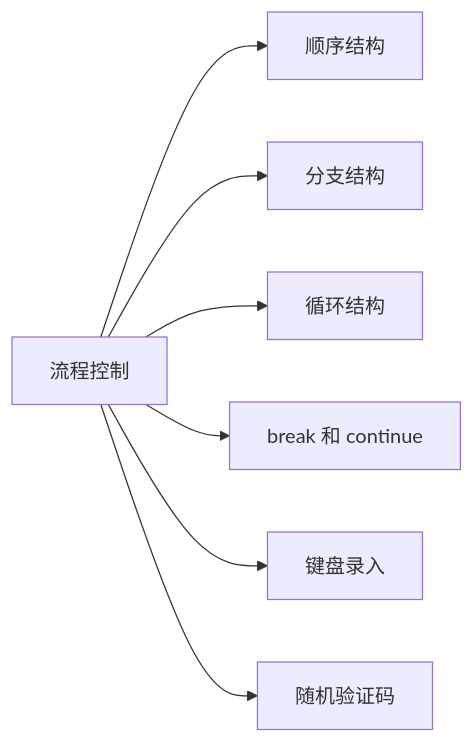
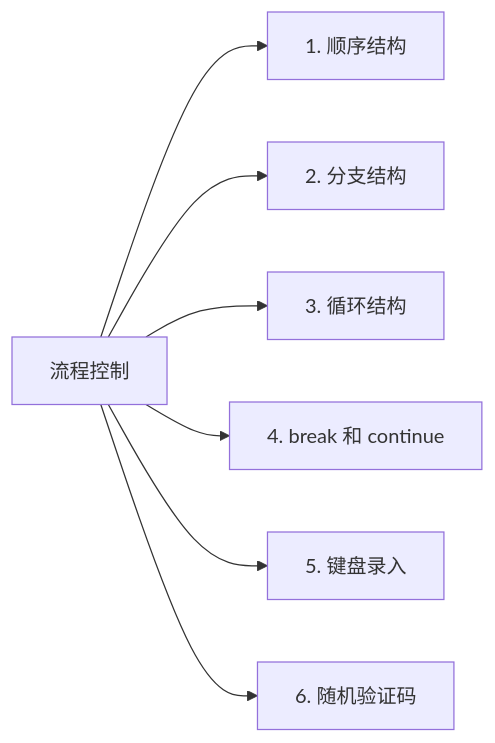
The third of 5 diagrams in src/md/java/se/2023-02-15-overview.md (TZ0385/JavaPark), drawn with Mermaid before and after one commit. The commit also changed other lines of this file, not shown here.

````diff
--- a/src/md/java/se/2023-02-15-overview.md
+++ b/src/md/java/se/2023-02-15-overview.md
@@ -180,9 +180,9 @@
 ```mermaid
 graph LR
-流程控制 --> A[顺序结构]
-流程控制 --> B[分支结构]
-流程控制 --> C[循环结构]
-流程控制 --> D[break 和 continue]
-流程控制 --> E[键盘录入]
-流程控制 --> F[随机验证码]
+流程控制 --> A[1. 顺序结构]
+流程控制 --> B[2. 分支结构]
+流程控制 --> C[3. 循环结构]
+流程控制 --> D[4. break 和 continue]
+流程控制 --> E[5. 键盘录入]
+流程控制 --> F[6. 随机验证码]
 ```
````
